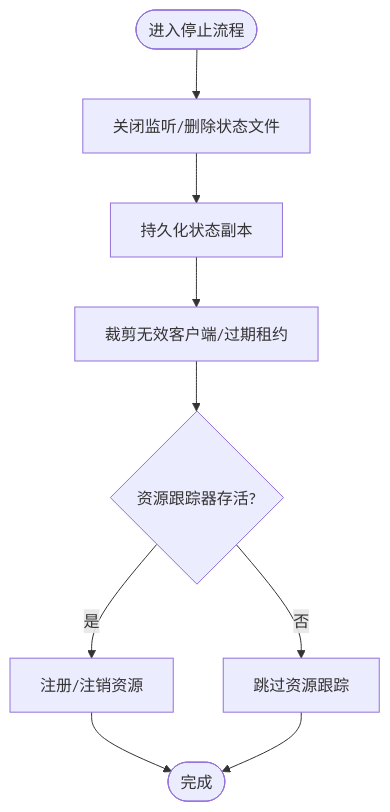
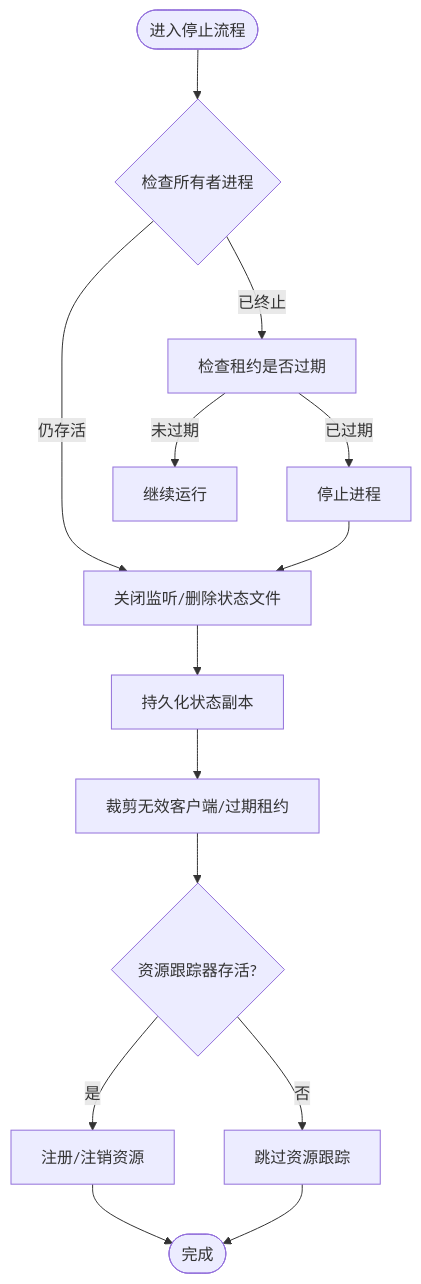
The eighth of 11 diagrams in .qoder/repowiki/zh/content/守护进程架构/进程管理.md (haolange/RDC-Tool), drawn with Mermaid before and after one commit. The commit also changed other lines of this file and 4 other files, not shown here.

````diff
--- a/.qoder/repowiki/zh/content/守护进程架构/进程管理.md
+++ b/.qoder/repowiki/zh/content/守护进程架构/进程管理.md
@@ -254,11 +365,16 @@
 ```mermaid
 flowchart TD
-Start(["进入停止流程"]) --> CloseListener["关闭监听/删除状态文件"]
+Start(["进入停止流程"]) --> CheckOwner{"检查所有者进程"}
+CheckOwner --> |已终止| CheckLease["检查租约是否过期"]
+CheckOwner --> |仍存活| CloseListener["关闭监听/删除状态文件"]
+CheckLease --> |已过期| StopProcess["停止进程"]
+CheckLease --> |未过期| Continue["继续运行"]
+StopProcess --> CloseListener
 CloseListener --> PersistState["持久化状态副本"]
 PersistState --> PruneClients["裁剪无效客户端/过期租约"]
 PruneClients --> RTCheck{"资源跟踪器存活?"}
 RTCheck --> |是| RTRegister["注册/注销资源"]
 RTCheck --> |否| SkipRT["跳过资源跟踪"]
 RTRegister --> Done(["完成"])
 SkipRT --> Done
 ```
````
